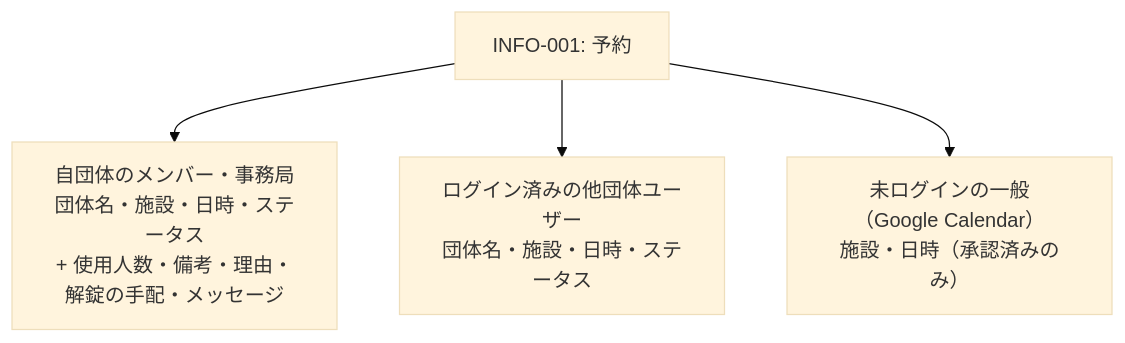
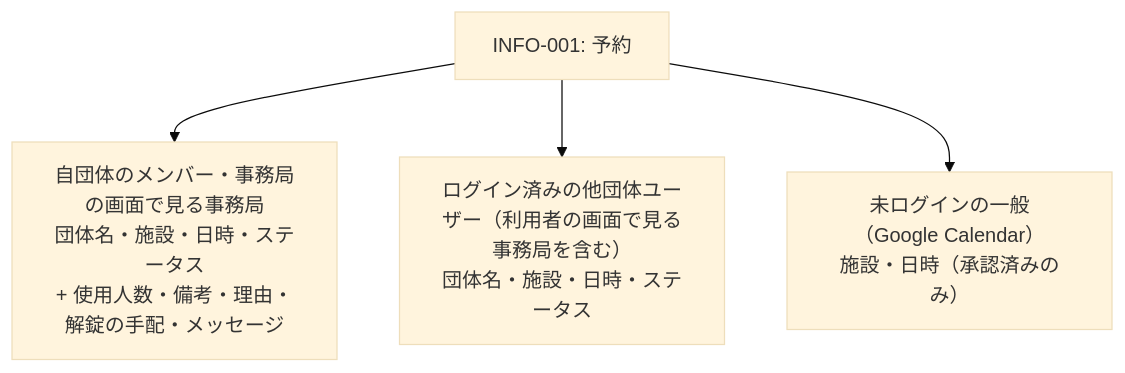
One commit to gdsc-osaka/iclub-reserve changed the second of 8 diagrams in rdra/contexts/reservation-application.md. Above: the diagram before and after it, drawn with Mermaid (base theme). The commit also changed other lines of this file and 5 other files, not shown here.

````diff
--- a/rdra/contexts/reservation-application.md
+++ b/rdra/contexts/reservation-application.md
@@ -253,12 +253,12 @@
 ```mermaid
 graph TB
     r["INFO-001: 予約"]
 
-    own["自団体のメンバー・事務局<br/>団体名・施設・日時・ステータス<br/>+ 使用人数・備考・理由・解錠の手配・メッセージ"]
-    other["ログイン済みの他団体ユーザー<br/>団体名・施設・日時・ステータス"]
+    own["自団体のメンバー・事務局の画面で見る事務局<br/>団体名・施設・日時・ステータス<br/>+ 使用人数・備考・理由・解錠の手配・メッセージ"]
+    other["ログイン済みの他団体ユーザー（利用者の画面で見る事務局を含む）<br/>団体名・施設・日時・ステータス"]
     public["未ログインの一般（Google Calendar）<br/>施設・日時（承認済みのみ）"]
 
     r --> own
     r --> other
     r --> public
 ```
````
